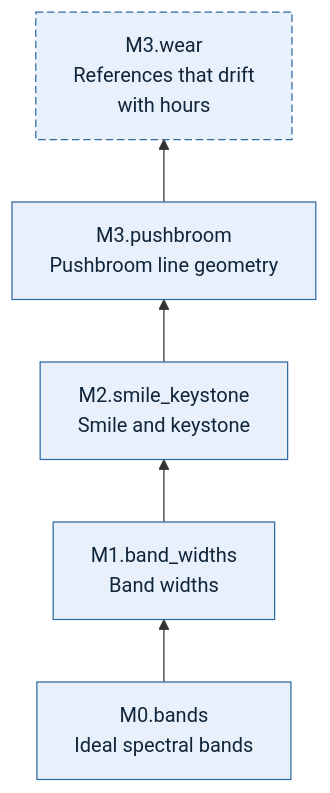
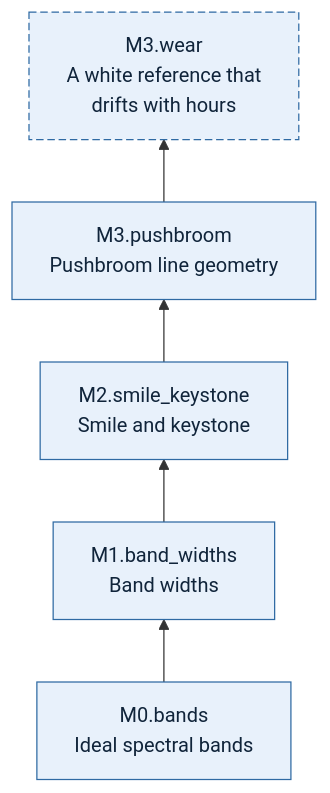
Before and after one commit to zacharyyamaoka/robot_models: the diagram in src/robot_models/sensors/hyperspectral_camera/README.md, drawn with Mermaid. The commit also changed other lines of this file and 28 other files, not shown here.

````diff
--- a/src/robot_models/sensors/hyperspectral_camera/README.md
+++ b/src/robot_models/sensors/hyperspectral_camera/README.md
@@ -23,16 +24,16 @@
 ```mermaid
 flowchart BT
   M0_bands["M0.bands<br/>Ideal spectral bands"]
   M1_band_widths["M1.band_widths<br/>Band widths"]
   M2_smile_keystone["M2.smile_keystone<br/>Smile and keystone"]
   M3_pushbroom["M3.pushbroom<br/>Pushbroom line geometry"]
-  M3_wear["M3.wear<br/>References that drift<br/>with hours"]
+  M3_wear["M3.wear<br/>A white reference that<br/>drifts with hours"]
   M0_bands --> M1_band_widths
   M1_band_widths --> M2_smile_keystone
   M2_smile_keystone --> M3_pushbroom
   M3_pushbroom --> M3_wear
   classDef physics fill:#e8f1fb,stroke:#2f6aa3,color:#10243a
   classDef wear fill:#e8f1fb,stroke:#2f6aa3,color:#10243a,stroke-dasharray:6 3
   class M0_bands,M1_band_widths,M2_smile_keystone,M3_pushbroom physics
   class M3_wear wear
 ```
````
